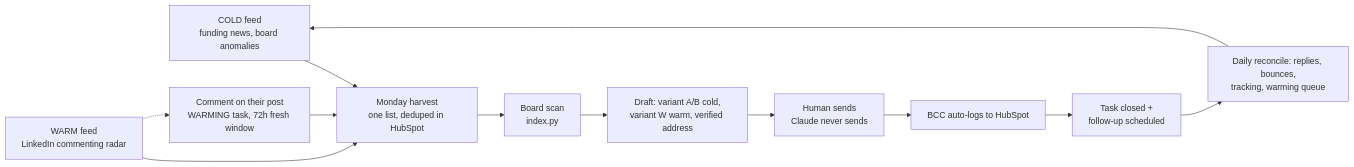
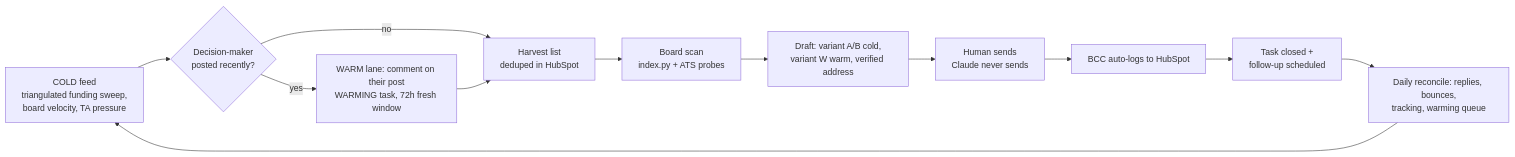
The diagram in README.md (JacopoLupo/tribe-claude-skills), drawn with Mermaid before and after one commit. The commit also changed other lines of this file and 4 other files, not shown here.

Commit message:
Lead Engine v2: warm lane runs on fresh leads, funding sweep triangulated

````diff
--- a/README.md
+++ b/README.md
@@ -29,14 +29,14 @@
 ```mermaid
 flowchart LR
-    A1[COLD feed<br/>funding news, board anomalies] --> B[Monday harvest<br/>one list, deduped in HubSpot]
-    A2[WARM feed<br/>LinkedIn commenting radar] --> B
-    A2 -.-> W[Comment on their post<br/>WARMING task, 72h fresh window]
+    A1[COLD feed<br/>triangulated funding sweep,<br/>board velocity, TA pressure] --> R{Decision-maker<br/>posted recently?}
+    R -->|no| B[Harvest list<br/>deduped in HubSpot]
+    R -->|yes| W[WARM lane: comment on their post<br/>WARMING task, 72h fresh window]
     W --> B
-    B --> C[Board scan<br/>index.py]
+    B --> C[Board scan<br/>index.py + ATS probes]
     C --> D[Draft: variant A/B cold,<br/>variant W warm, verified address]
     D --> E[Human sends<br/>Claude never sends]
     E --> F[BCC auto-logs to HubSpot]
     F --> G[Task closed +<br/>follow-up scheduled]
     G --> H[Daily reconcile: replies, bounces,<br/>tracking, warming queue]
     H --> A1
 ```
````
